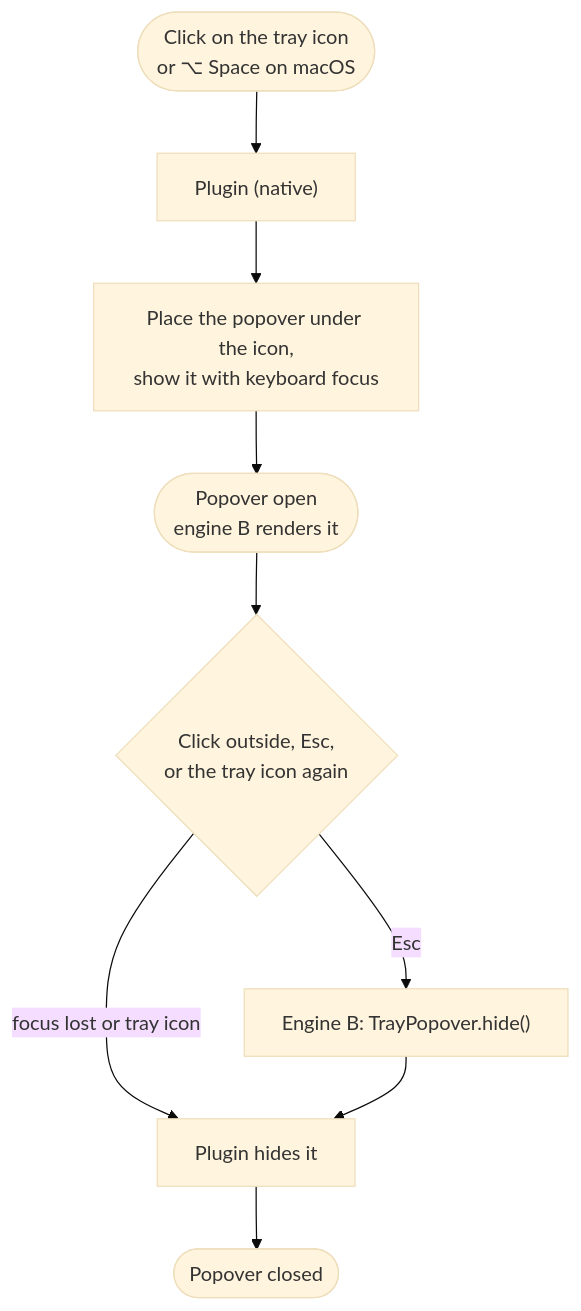
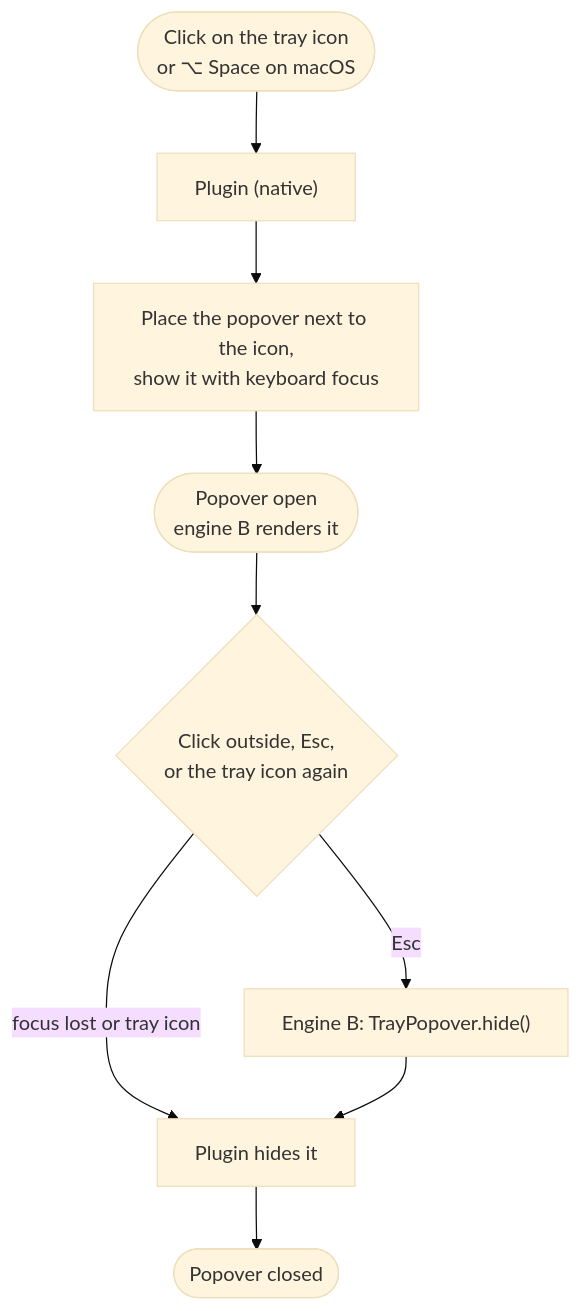
Before and after one commit to vymalo/frb-tray-spike: the second of 2 diagrams in README.md, drawn with Mermaid (base theme). The commit also changed other lines of this file and 5 other files, not shown here.

````diff
--- a/README.md
+++ b/README.md
@@ -143,11 +225,11 @@
 ```mermaid
 flowchart TD
     C(["Click on the tray icon<br/>or ⌥ Space on macOS"]) --> N["Plugin (native)"]
-    N --> W["Place the popover under the icon,<br/>show it with keyboard focus"]
+    N --> W["Place the popover next to the icon,<br/>show it with keyboard focus"]
     W --> O(["Popover open<br/>engine B renders it"])
     O --> X{"Click outside, Esc,<br/>or the tray icon again"}
     X -- "focus lost or tray icon" --> H["Plugin hides it"]
     X -- "Esc" --> E["Engine B: TrayPopover.hide()"]
     E --> H
     H --> Z(["Popover closed"])
 ```
````
